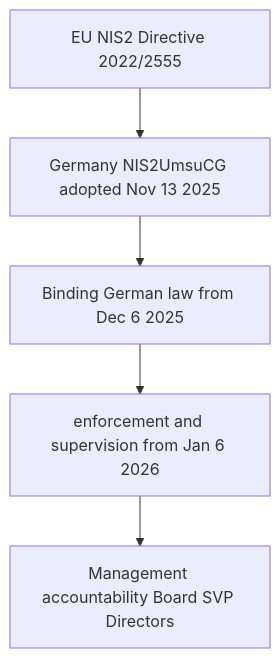
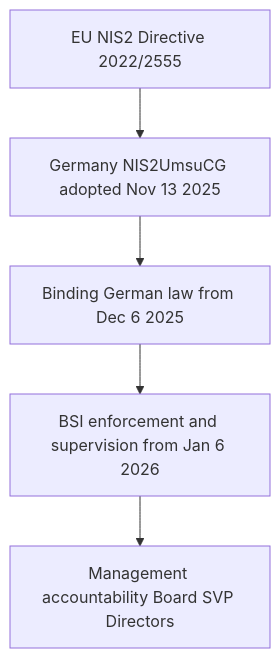
Before and after one commit to Mynkskhr/diehlmetering: the diagram in docs/source/nis2-2026.rst, drawn with Mermaid.

```diff
--- a/docs/source/nis2-2026.rst
+++ b/docs/source/nis2-2026.rst
@@ -10,13 +10,13 @@
 .. mermaid::
 
    flowchart TB
        EU[EU NIS2 Directive 2022/2555]
        DE[Germany NIS2UmsuCG adopted Nov 13 2025]
        LAW[Binding German law from Dec 6 2025]
-       BSI[enforcement and supervision from Jan 6 2026]
+       BSI[BSI enforcement and supervision from Jan 6 2026]
        MGMT[Management accountability Board SVP Directors]
 
        EU --> DE
        DE --> LAW
        LAW --> BSI
        BSI --> MGMT
```
